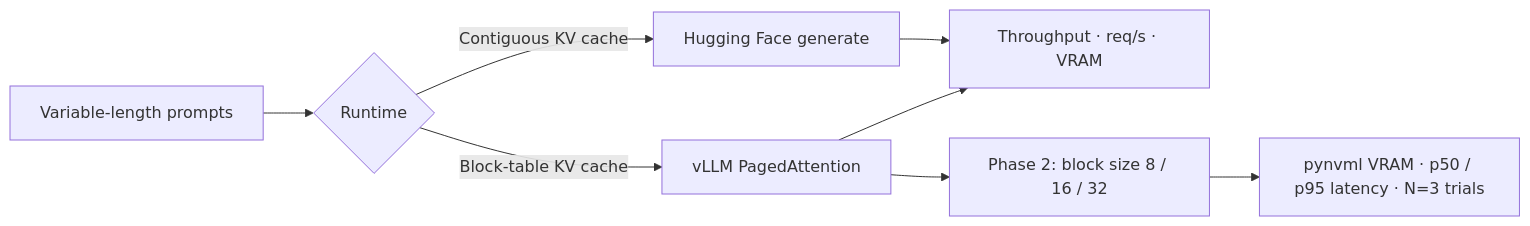
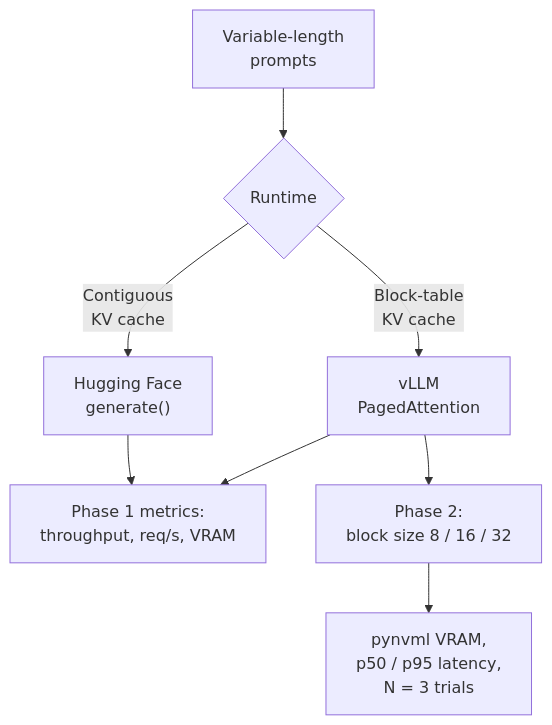
Before and after one commit to adriennie/vllm-pagedattention-benchmark: the diagram in readme.md, drawn with Mermaid. The commit also changed other lines of this file, not shown here.

Commit message:
Update nbviewer badge and flowchart formatting

````diff
--- a/readme.md
+++ b/readme.md
@@ -47,10 +47,10 @@
 ```mermaid
-flowchart LR
-    A[Variable-length prompts] --> B{Runtime}
-    B -->|Contiguous KV cache| C[Hugging Face generate]
-    B -->|Block-table KV cache| D[vLLM PagedAttention]
-    C --> E[Throughput · req/s · VRAM]
+flowchart TD
+    A["Variable-length<br/>prompts"] --> B{"Runtime"}
+    B -->|"Contiguous<br/>KV cache"| C["Hugging Face<br/>generate()"]
+    B -->|"Block-table<br/>KV cache"| D["vLLM<br/>PagedAttention"]
+    C --> E["Phase 1 metrics:<br/>throughput, req/s, VRAM"]
     D --> E
-    D --> F[Phase 2: block size 8 / 16 / 32]
-    F --> G[pynvml VRAM · p50 / p95 latency · N=3 trials]
+    D --> F["Phase 2:<br/>block size 8 / 16 / 32"]
+    F --> G["pynvml VRAM,<br/>p50 / p95 latency,<br/>N = 3 trials"]
 ```
````
